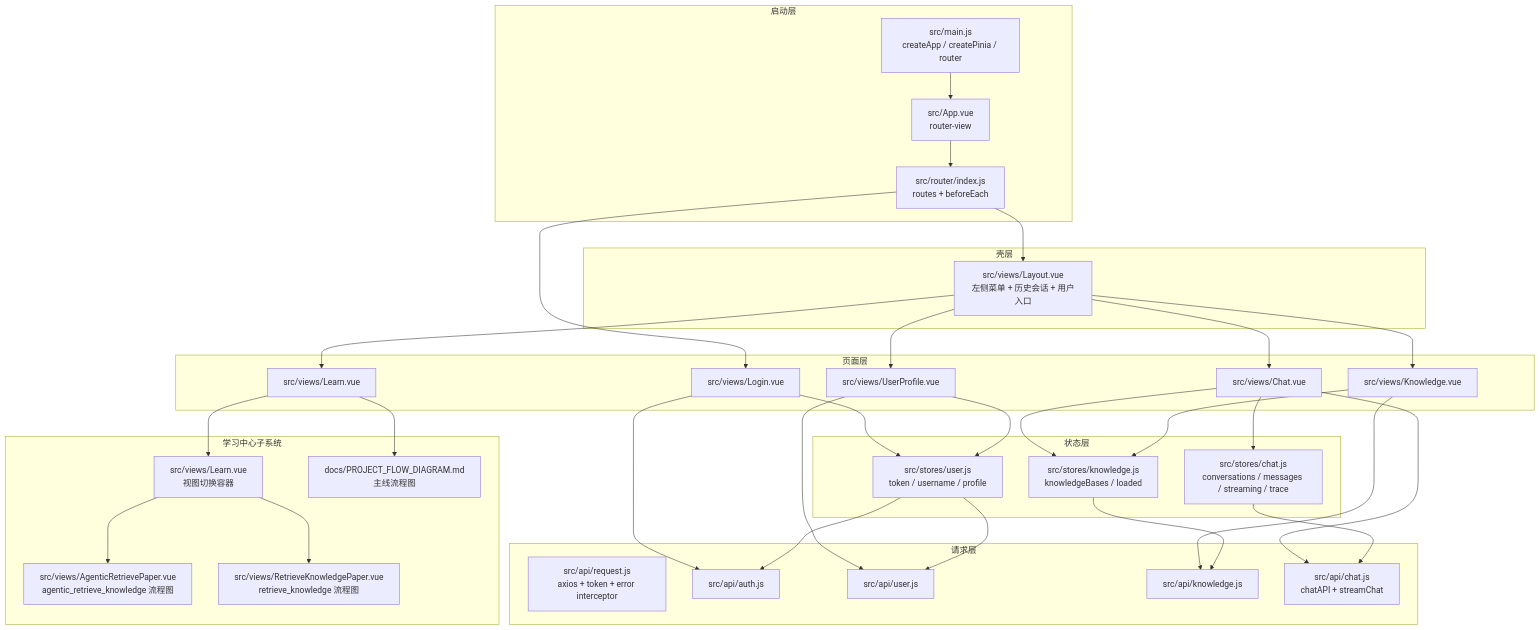
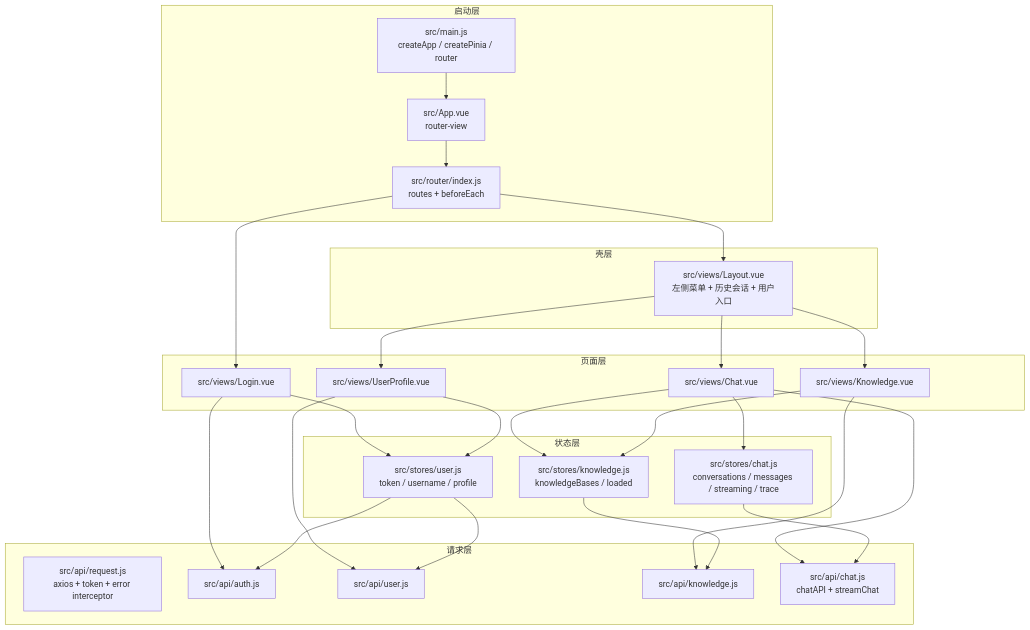
One commit to baiye-banned/Agent_about_answer changed the second of 8 diagrams in docs/PROJECT_ARCHITECTURE_FULL.md. Above: the diagram before and after it, drawn with Mermaid. The commit also changed other lines of this file and 22 other files, not shown here.

````diff
--- a/docs/PROJECT_ARCHITECTURE_FULL.md
+++ b/docs/PROJECT_ARCHITECTURE_FULL.md
@@ -95,67 +94,54 @@
 ```mermaid
 flowchart TD
   subgraph Bootstrap["启动层"]
     MainJS["src/main.js<br/>createApp / createPinia / router"]
     AppVue["src/App.vue<br/>router-view"]
     Router["src/router/index.js<br/>routes + beforeEach"]
   end
 
   subgraph Shell["壳层"]
     LayoutVue["src/views/Layout.vue<br/>左侧菜单 + 历史会话 + 用户入口"]
   end
 
   subgraph Pages["页面层"]
     Login["src/views/Login.vue"]
     Chat["src/views/Chat.vue"]
     Knowledge["src/views/Knowledge.vue"]
-    Learn["src/views/Learn.vue"]
     Profile["src/views/UserProfile.vue"]
   end
 
   subgraph Stores["状态层"]
     UserStore["src/stores/user.js<br/>token / username / profile"]
     ChatStore["src/stores/chat.js<br/>conversations / messages / streaming / trace"]
     KnowledgeStore["src/stores/knowledge.js<br/>knowledgeBases / loaded"]
   end
 
   subgraph API["请求层"]
     Request["src/api/request.js<br/>axios + token + error interceptor"]
     AuthAPI["src/api/auth.js"]
     UserAPI["src/api/user.js"]
     KnowledgeAPI["src/api/knowledge.js"]
     ChatAPI["src/api/chat.js<br/>chatAPI + streamChat"]
   end
 
-  subgraph LearnFlow["学习中心子系统"]
-    LearnHome["src/views/Learn.vue<br/>视图切换容器"]
-    AgentPaper["src/views/AgenticRetrievePaper.vue<br/>agentic_retrieve_knowledge 流程图"]
-    RetrievePaper["src/views/RetrieveKnowledgePaper.vue<br/>retrieve_knowledge 流程图"]
-    FlowDoc["docs/PROJECT_FLOW_DIAGRAM.md<br/>主线流程图"]
-  end
-
   MainJS --> AppVue --> Router --> LayoutVue
   LayoutVue --> Chat
   LayoutVue --> Knowledge
-  LayoutVue --> Learn
   LayoutVue --> Profile
   Router --> Login
 
   Login --> UserStore
   Profile --> UserStore
   Chat --> ChatStore
   Chat --> KnowledgeStore
   Knowledge --> KnowledgeStore
   Knowledge --> KnowledgeAPI
   Chat --> ChatAPI
   Login --> AuthAPI
   Profile --> UserAPI
   UserStore --> AuthAPI
   UserStore --> UserAPI
   ChatStore --> ChatAPI
   KnowledgeStore --> KnowledgeAPI
 
-  Learn --> LearnHome
-  LearnHome --> AgentPaper
-  LearnHome --> RetrievePaper
-  Learn --> FlowDoc
 ```
````
